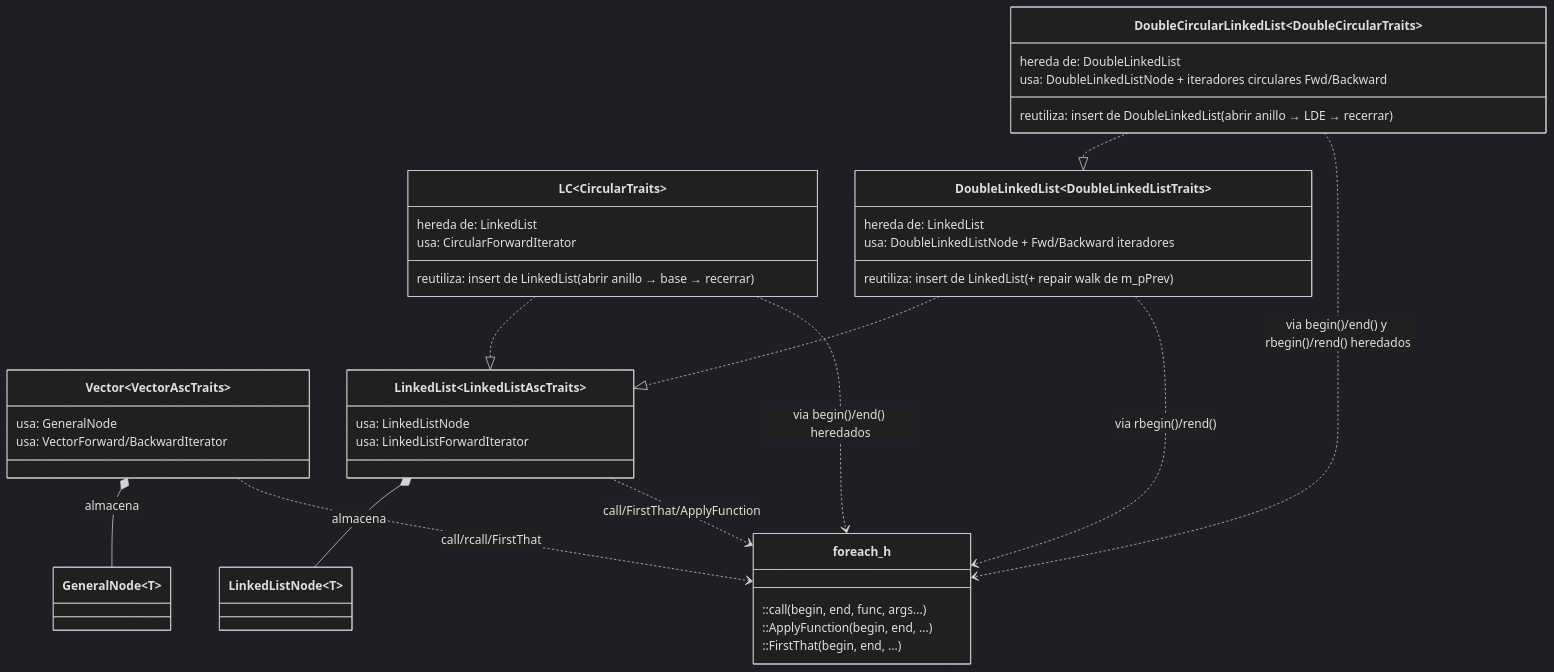
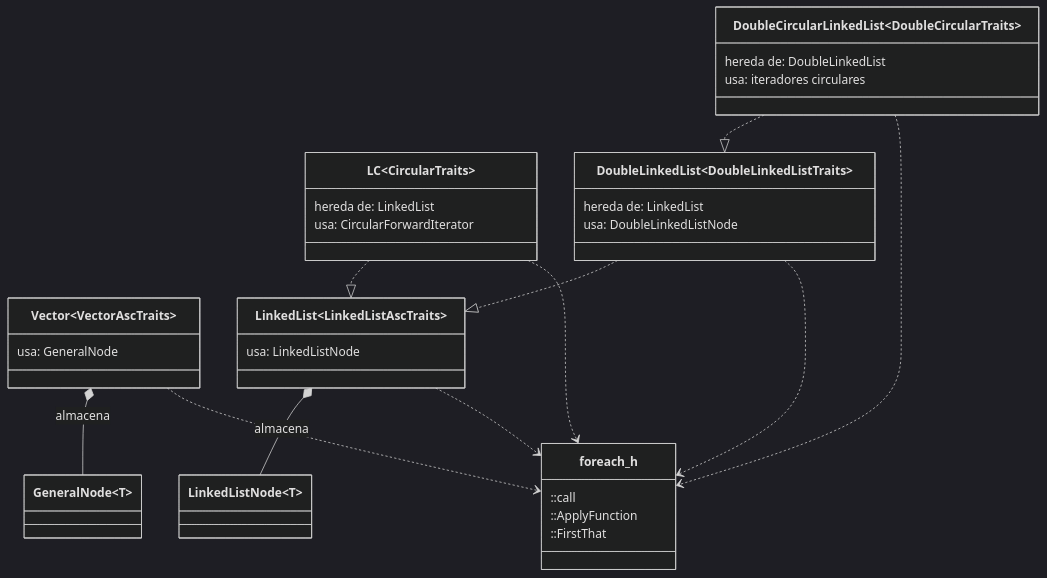
One commit to PieroVioleta/2026-II-CS-UNI-CC0E5-AEDAv changed the fifth of 5 diagrams in docs/jerarquias-clases.md. Above: the diagram before and after it, drawn with Mermaid (dark theme). The commit also changed other lines of this file, not shown here.

````diff
--- a/docs/jerarquias-clases.md
+++ b/docs/jerarquias-clases.md
@@ -197,41 +170,36 @@
 ```mermaid
 classDiagram
     class Vector~VectorAscTraits~ {
         usa: GeneralNode
-        usa: VectorForward/BackwardIterator
     }
     class LinkedList~LinkedListAscTraits~ {
         usa: LinkedListNode
-        usa: LinkedListForwardIterator
     }
     class LC~CircularTraits~ {
         hereda de: LinkedList
         usa: CircularForwardIterator
-        reutiliza: insert de LinkedList (abrir anillo → base → recerrar)
     }
     class DoubleLinkedList~DoubleLinkedListTraits~ {
         hereda de: LinkedList
-        usa: DoubleLinkedListNode + Fwd/Backward iteradores
-        reutiliza: insert de LinkedList (+ repair walk de m_pPrev)
+        usa: DoubleLinkedListNode
     }
     class DoubleCircularLinkedList~DoubleCircularTraits~ {
         hereda de: DoubleLinkedList
-        usa: DoubleLinkedListNode + iteradores circulares Fwd/Backward
-        reutiliza: insert de DoubleLinkedList (abrir anillo → LDE → recerrar)
+        usa: iteradores circulares
     }
     class foreach_h {
-        ::call(begin, end, func, args...)
-        ::ApplyFunction(begin, end, ...)
-        ::FirstThat(begin, end, ...)
+        ::call
+        ::ApplyFunction
+        ::FirstThat
     }
     Vector~VectorAscTraits~ *-- GeneralNode~T~ : almacena
     LinkedList~LinkedListAscTraits~ *-- LinkedListNode~T~ : almacena
     LC~CircularTraits~ ..|> LinkedList~LinkedListAscTraits~
     DoubleLinkedList~DoubleLinkedListTraits~ ..|> LinkedList~LinkedListAscTraits~
     DoubleCircularLinkedList~DoubleCircularTraits~ ..|> DoubleLinkedList~DoubleLinkedListTraits~
-    Vector~VectorAscTraits~ ..> foreach_h : call/rcall/FirstThat
-    LinkedList~LinkedListAscTraits~ ..> foreach_h : call/FirstThat/ApplyFunction
-    LC~CircularTraits~ ..> foreach_h : via begin()/end() heredados
-    DoubleLinkedList~DoubleLinkedListTraits~ ..> foreach_h : via rbegin()/rend()
-    DoubleCircularLinkedList~DoubleCircularTraits~ ..> foreach_h : via begin()/end() y rbegin()/rend() heredados
+    Vector~VectorAscTraits~ ..> foreach_h
+    LinkedList~LinkedListAscTraits~ ..> foreach_h
+    LC~CircularTraits~ ..> foreach_h
+    DoubleLinkedList~DoubleLinkedListTraits~ ..> foreach_h
+    DoubleCircularLinkedList~DoubleCircularTraits~ ..> foreach_h
 ```
````
